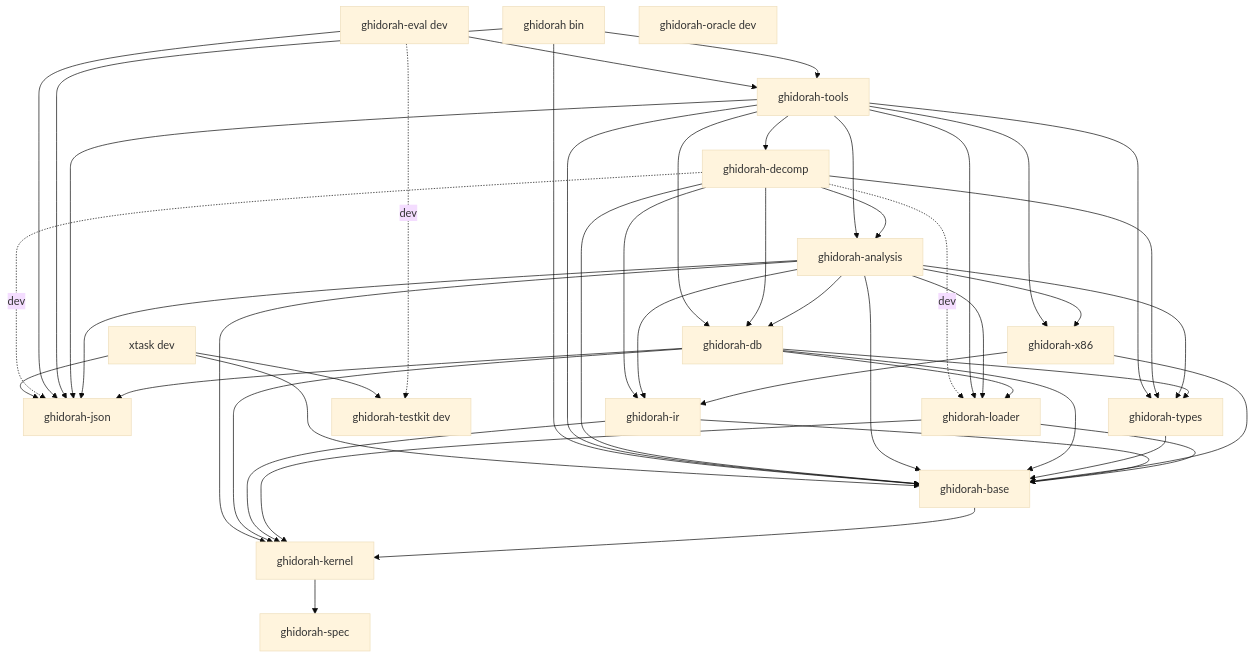
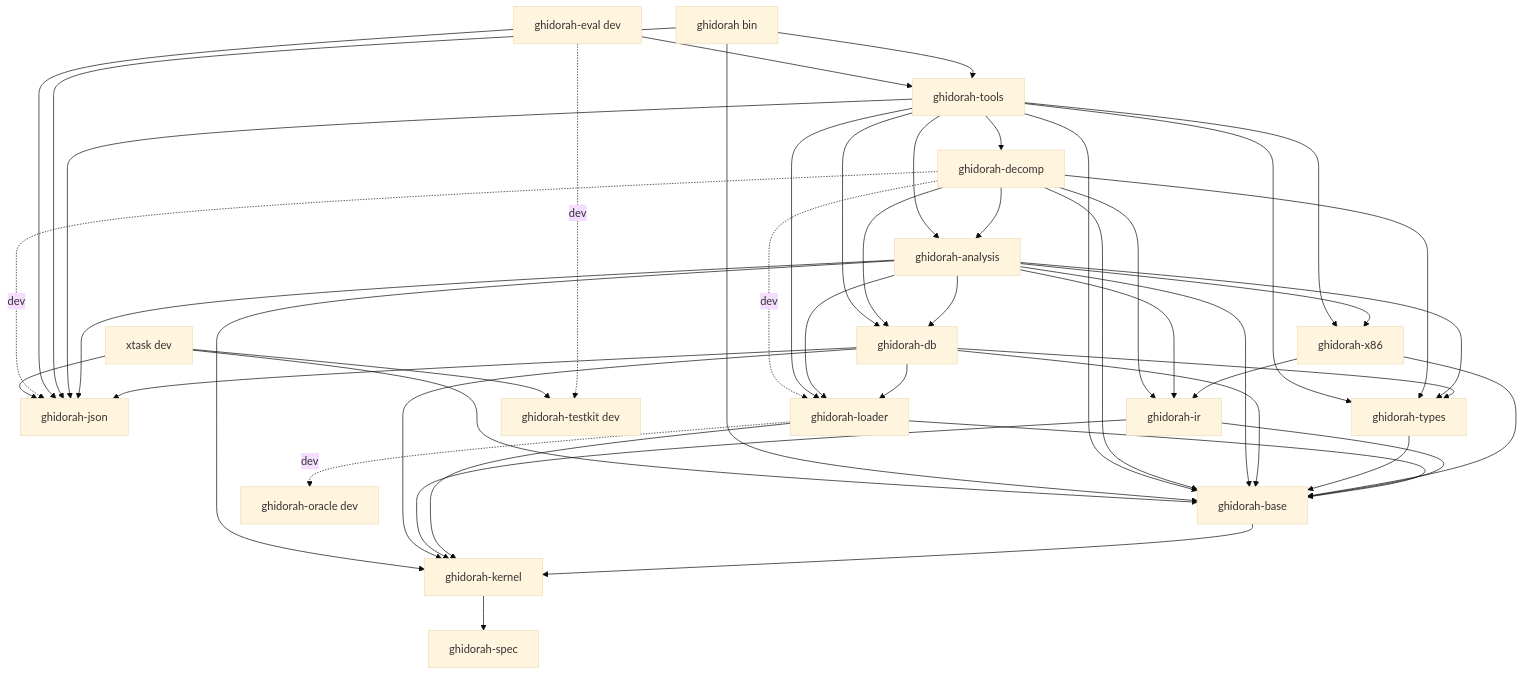
Before and after one commit to madmax983/ghidorah: the first of 8 diagrams in docs/design.md, drawn with Mermaid (base theme). The commit also changed other lines of this file and 2 other files, not shown here.

````diff
--- a/docs/design.md
+++ b/docs/design.md
@@ -231,66 +231,67 @@
 ```mermaid
 graph TD
   spec[ghidorah-spec]
   kernel[ghidorah-kernel]
   base[ghidorah-base]
   json[ghidorah-json]
   loader[ghidorah-loader]
   ir[ghidorah-ir]
   x86[ghidorah-x86]
   types[ghidorah-types]
   db[ghidorah-db]
   analysis[ghidorah-analysis]
   decomp[ghidorah-decomp]
   tools[ghidorah-tools]
   cli[ghidorah bin]
   eval[ghidorah-eval dev]
   testkit[ghidorah-testkit dev]
   oracle[ghidorah-oracle dev]
   xtask[xtask dev]
   kernel --> spec
   base --> kernel
   loader --> base
   loader --> kernel
   ir --> base
   ir --> kernel
   x86 --> ir
   x86 --> base
   types --> base
   db --> base
   db --> kernel
   db --> json
   db --> loader
   db --> types
   analysis --> db
   analysis --> ir
   analysis --> x86
   analysis --> types
   analysis --> loader
   analysis --> base
   analysis --> kernel
   analysis --> json
   decomp --> analysis
   decomp --> base
   decomp --> ir
   decomp --> db
   decomp --> types
   tools --> decomp
   tools --> analysis
   tools --> db
   tools --> x86
   tools --> types
   tools --> loader
   tools --> json
   tools --> base
   cli --> tools
   cli --> json
   cli --> base
   eval --> tools
   eval --> json
   eval -. dev .-> testkit
+  loader -. dev .-> oracle
   decomp -. dev .-> loader
   decomp -. dev .-> json
   xtask --> json
   xtask --> base
   xtask --> testkit
 ```
````
